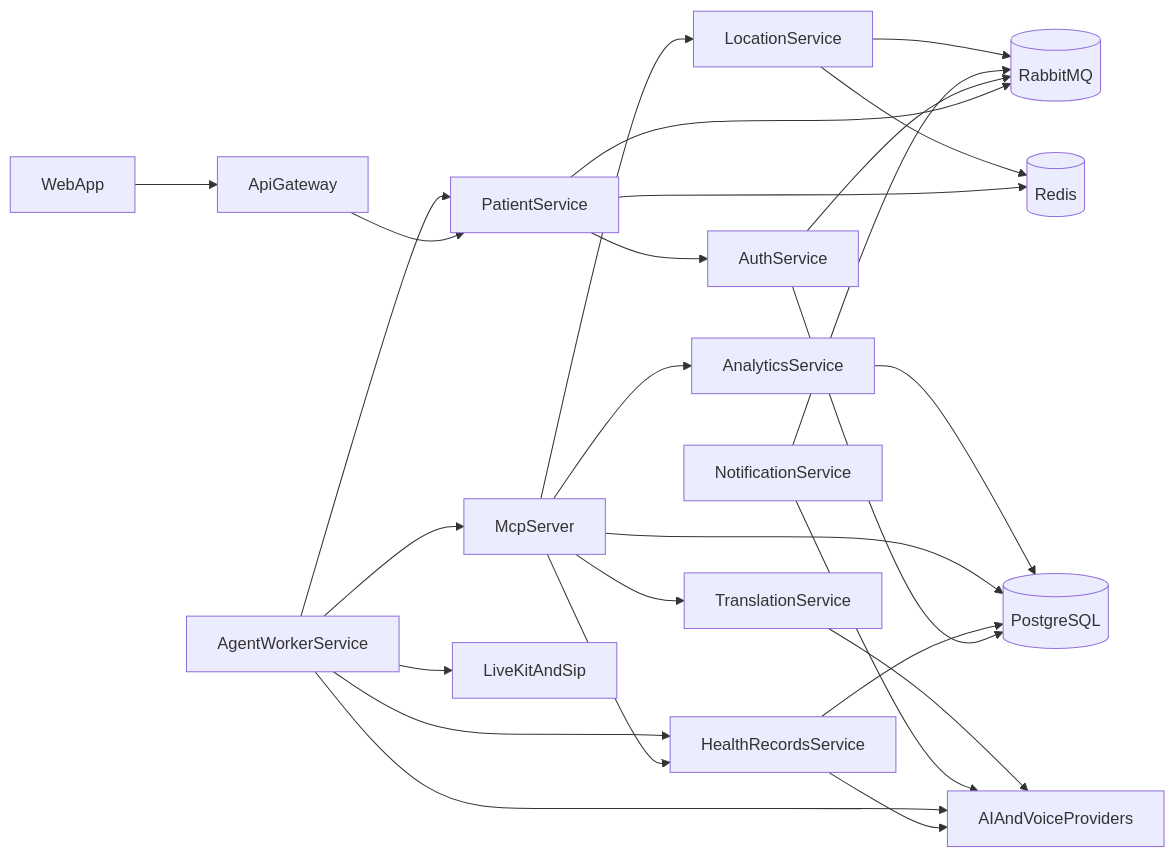
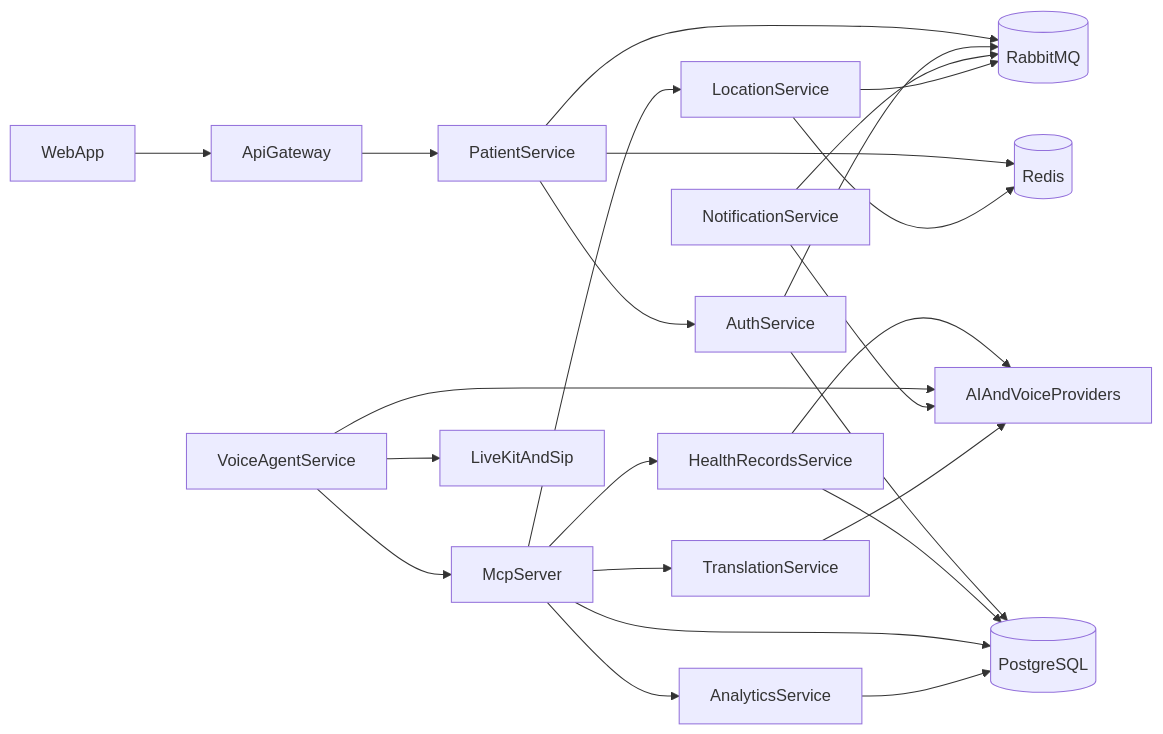
One commit to KoiralaSam/ZorbaHealth changed the diagram in docs/architecture.md. Above: the diagram before and after it, drawn with Mermaid. The commit also changed other lines of this file and 418 other files, not shown here.

First line of the commit message:
Replace agent-worker with voice-agent, add OTEL/Jaeger, and drop legacy src tree.

````diff
--- a/docs/architecture.md
+++ b/docs/architecture.md
@@ -13,45 +13,43 @@
 ```mermaid
 flowchart LR
   Web[WebApp]
   APIGateway[ApiGateway]
   PatientSvc[PatientService]
   AuthSvc[AuthService]
   HealthRecordsSvc[HealthRecordsService]
   MCPSvc[McpServer]
-  AgentWorker[AgentWorkerService]
+  VoiceAgent[VoiceAgentService]
   NotificationSvc[NotificationService]
   LocationSvc[LocationService]
   TranslationSvc[TranslationService]
   AnalyticsSvc[AnalyticsService]
   Postgres[(PostgreSQL)]
   Redis[(Redis)]
   RabbitMQ[(RabbitMQ)]
   LiveKit[LiveKitAndSip]
   AIProviders[AIAndVoiceProviders]
 
   Web --> APIGateway
   APIGateway --> PatientSvc
   PatientSvc --> AuthSvc
   PatientSvc --> Redis
   PatientSvc --> RabbitMQ
   AuthSvc --> Postgres
   AuthSvc --> RabbitMQ
   HealthRecordsSvc --> Postgres
   HealthRecordsSvc --> AIProviders
   MCPSvc --> HealthRecordsSvc
   MCPSvc --> TranslationSvc
   MCPSvc --> LocationSvc
   MCPSvc --> AnalyticsSvc
   MCPSvc --> Postgres
-  AgentWorker --> MCPSvc
-  AgentWorker --> PatientSvc
-  AgentWorker --> HealthRecordsSvc
-  AgentWorker --> LiveKit
-  AgentWorker --> AIProviders
+  VoiceAgent --> MCPSvc
+  VoiceAgent --> LiveKit
+  VoiceAgent --> AIProviders
   NotificationSvc --> RabbitMQ
   NotificationSvc --> AIProviders
   LocationSvc --> Redis
   LocationSvc --> RabbitMQ
   TranslationSvc --> AIProviders
   AnalyticsSvc --> Postgres
 ```
````
